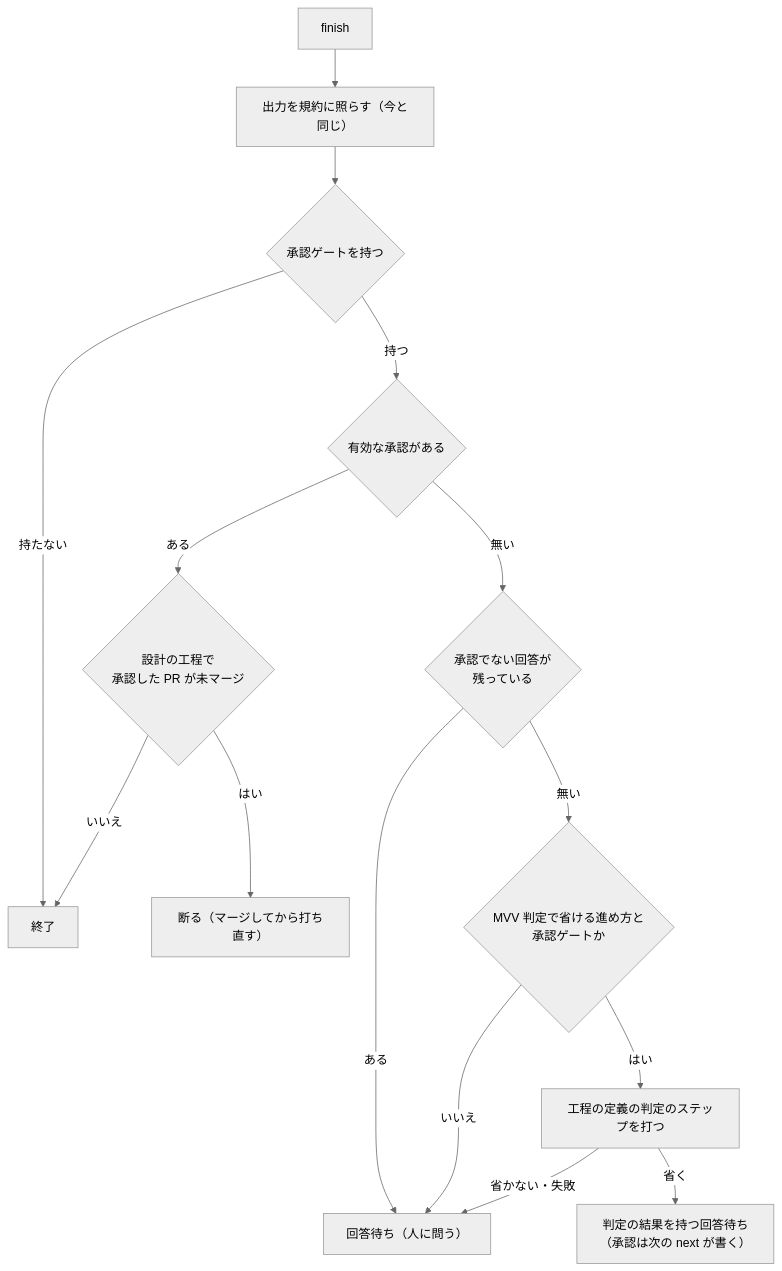
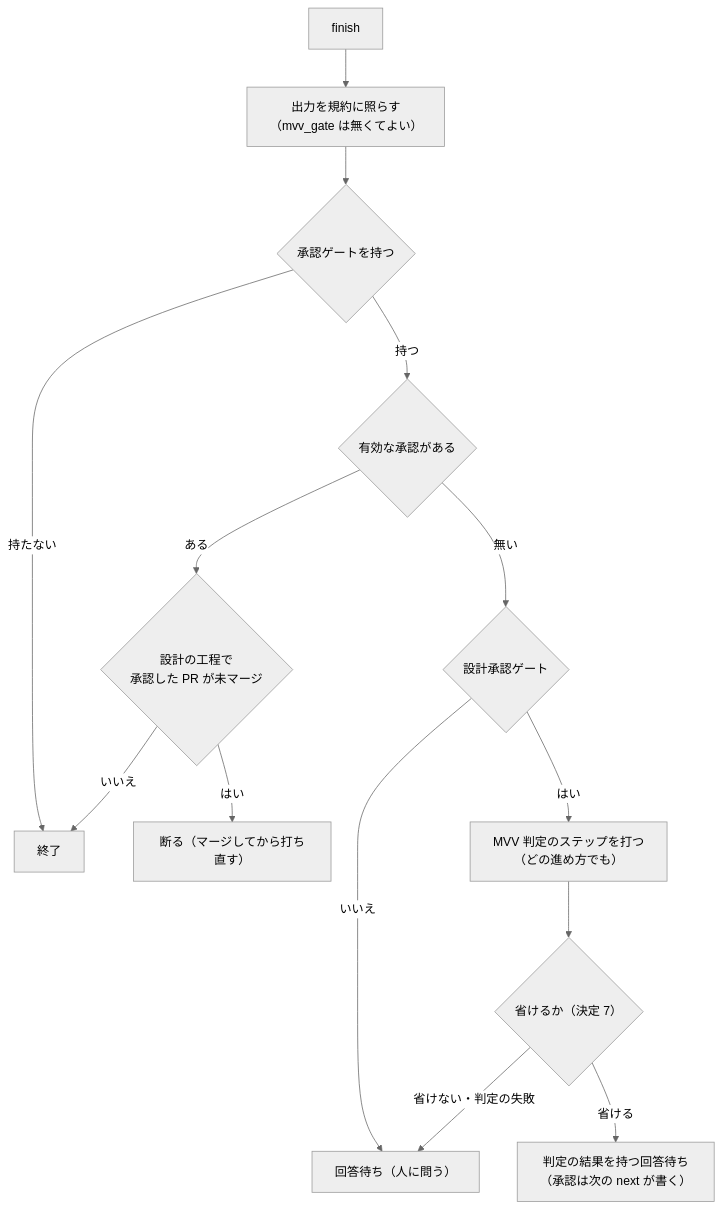
The fifth of 5 diagrams in issues/issue-4520-design.md (devbasex/ai-plugins), drawn with Mermaid (neutral theme) before and after one commit. The commit also changed other lines of this file, not shown here.

First line of the commit message:
Docs: 工程の開き直しの設計で、送り直し・承認の比較・MVV 判定の決まりを定める （#4520）

````diff
--- a/issues/issue-4520-design.md
+++ b/issues/issue-4520-design.md
@@ -248,17 +260,16 @@
 ```mermaid
 graph TD
-  F["finish"] --> O["出力を規約に照らす（今と同じ）"]
+  F["finish"] --> O["出力を規約に照らす<br/>（mvv_gate は無くてよい）"]
   O --> G{"承認ゲートを持つ"}
   G -- "持たない" --> DONE["終了"]
   G -- "持つ" --> A{"有効な承認がある"}
   A -- "ある" --> M{"設計の工程で<br/>承認した PR が未マージ"}
   M -- "はい" --> R["断る（マージしてから打ち直す）"]
   M -- "いいえ" --> DONE
-  A -- "無い" --> N{"承認でない回答が<br/>残っている"}
-  N -- "ある" --> H["回答待ち（人に問う）"]
-  N -- "無い" --> V{"MVV 判定で省ける進め方と<br/>承認ゲートか"}
-  V -- "いいえ" --> H
-  V -- "はい" --> J["工程の定義の判定のステップを打つ"]
-  J -- "省く" --> S["判定の結果を持つ回答待ち<br/>（承認は次の next が書く）"]
-  J -- "省かない・失敗" --> H
+  A -- "無い" --> D{"設計承認ゲート"}
+  D -- "いいえ" --> H["回答待ち（人に問う）"]
+  D -- "はい" --> J["MVV 判定のステップを打つ<br/>（どの進め方でも）"]
+  J --> V{"省けるか（決定 7）"}
+  V -- "省ける" --> S["判定の結果を持つ回答待ち<br/>（承認は次の next が書く）"]
+  V -- "省けない・判定の失敗" --> H
 ```
````
